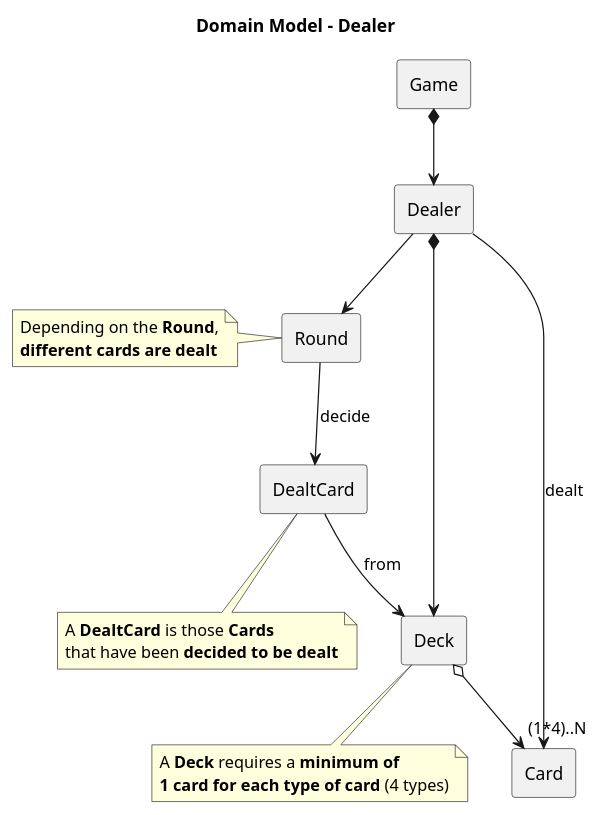
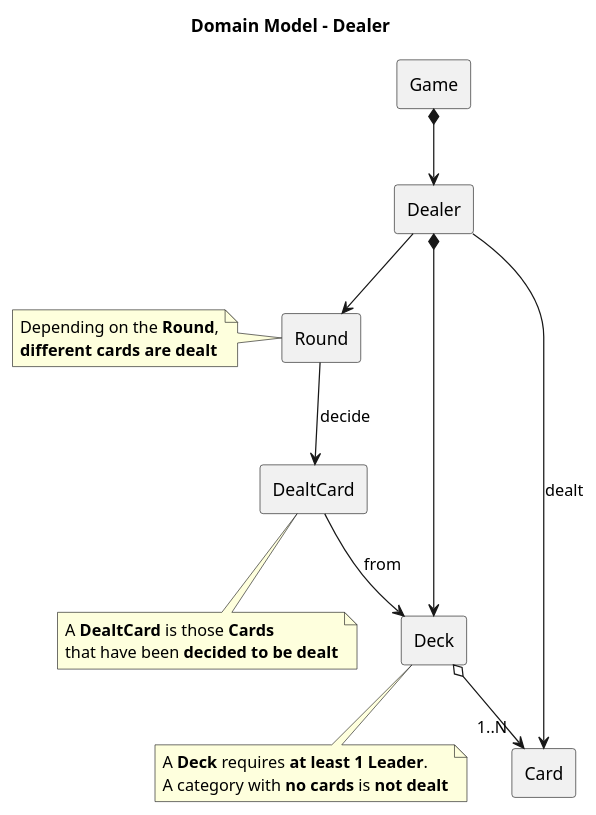
Before and after one commit to DainWs/Crazy-Random-Multiverse: the diagram in docs/development/diagrams/domain_model-dealer.plantuml, drawn with PlantUML. The commit also changed 7 other files, not shown here.

Commit message:
update the diagrams and frontend actions to the current rules

```diff
--- a/docs/development/diagrams/domain_model-dealer.plantuml
+++ b/docs/development/diagrams/domain_model-dealer.plantuml
@@ -1,33 +1,33 @@
 @startuml
 title "Domain Model - Dealer"
 
 rectangle Game
 rectangle Dealer
 rectangle Round
 rectangle Deck
 rectangle Card
 rectangle DealtCard
 
 Game *--> Dealer 
 Dealer --> Round
 Round --> DealtCard : decide
 DealtCard --> Deck : from
 Dealer *--> Deck
-Deck o--> "(1*4)..N  " Card
+Deck o--> "1..N  " Card
 Dealer --> Card : dealt
 
 note left of Round
 	Depending on the **Round**,
 	**different cards are dealt**
 end note 
 
 note bottom of DealtCard
 	A **DealtCard** is those **Cards**
 	that have been **decided to be dealt**
 end note 
 
 note bottom of Deck
-	A **Deck** requires a **minimum of** 
-	**1 card for each type of card** (4 types)
+	A **Deck** requires **at least 1 Leader**.
+	A category with **no cards** is **not dealt**
 end note
 @enduml
```
